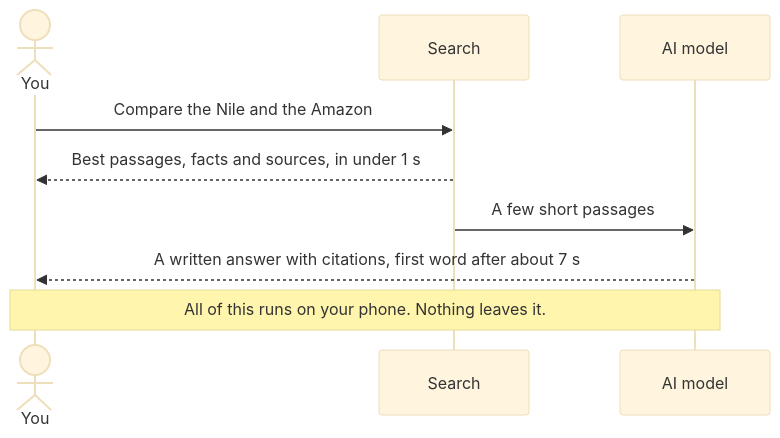
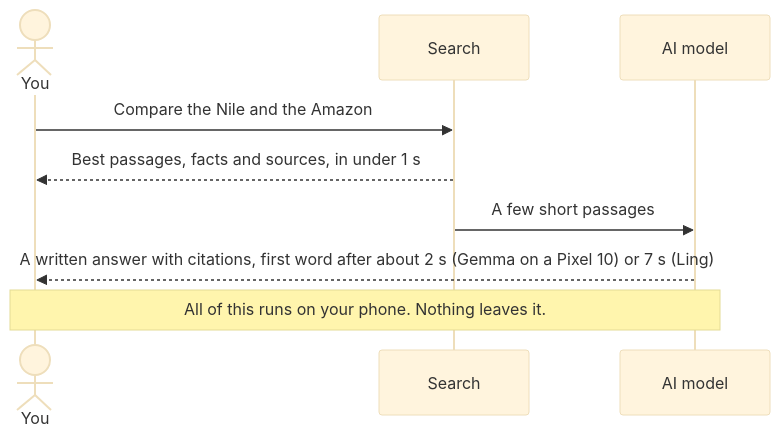
Before and after one commit to 0xPD33/commonplace: the second of 5 diagrams in README.md, drawn with Mermaid (base theme). The commit also changed other lines of this file, not shown here.

First line of the commit message:
Show the Gemma fast path in the README

````diff
--- a/README.md
+++ b/README.md
@@ -67,11 +69,11 @@
 ```mermaid
 sequenceDiagram
   actor You
   participant S as Search
   participant M as AI model
   You->>S: Compare the Nile and the Amazon
   S-->>You: Best passages, facts and sources, in under 1 s
   S->>M: A few short passages
-  M-->>You: A written answer with citations, first word after about 7 s
+  M-->>You: A written answer with citations, first word after about 2 s (Gemma on a Pixel 10) or 7 s (Ling)
   Note over You,M: All of this runs on your phone. Nothing leaves it.
 ```
````
